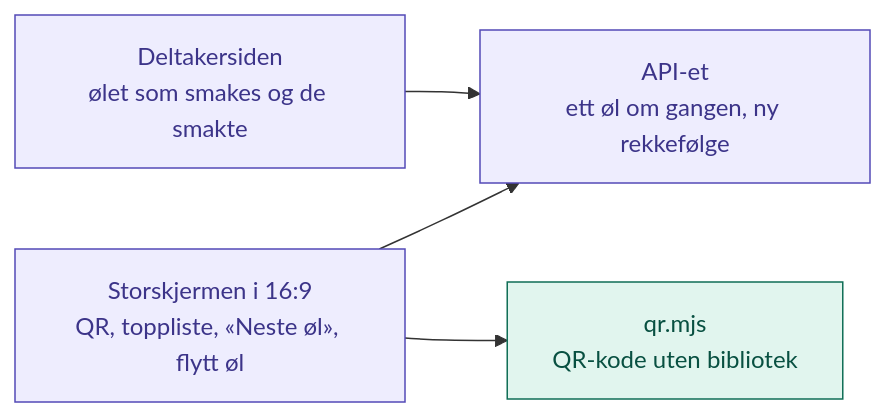
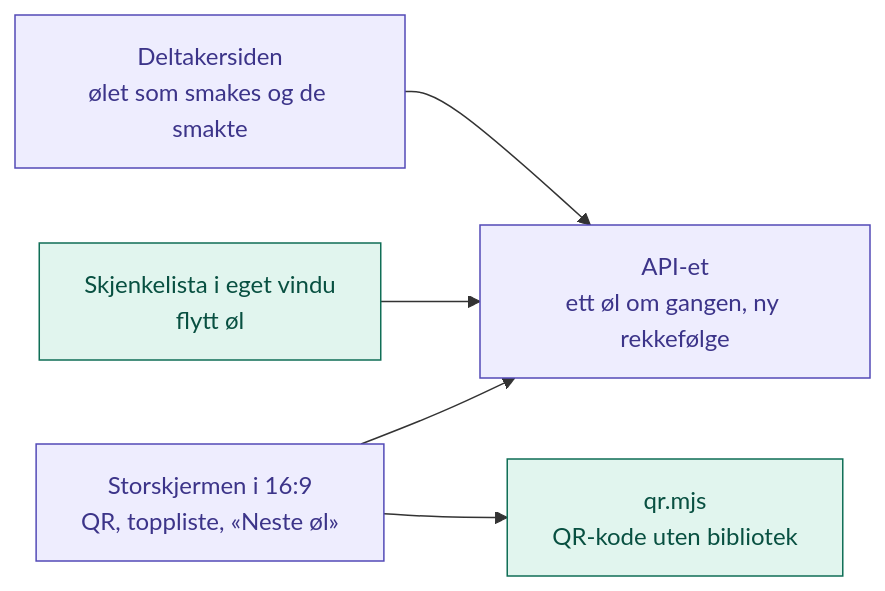
The diagram in tasks/007-ett-ol-om-gangen-og-storskjerm.md (MariusHagen/olsmaking), drawn with Mermaid before and after one commit. The commit also changed other lines of this file, not shown here.

First line of the commit message:
Plankritikk av task 007: presise regler, skjenkeliste i eget vindu og QR til versjon 6

````diff
--- a/tasks/007-ett-ol-om-gangen-og-storskjerm.md
+++ b/tasks/007-ett-ol-om-gangen-og-storskjerm.md
@@ -20,8 +20,9 @@
 ```mermaid
 flowchart LR
-  skjerm["Storskjermen i 16:9<br/>QR, toppliste, «Neste øl», flytt øl"]:::endret --> api["API-et<br/>ett øl om gangen, ny rekkefølge"]:::endret
+  skjerm["Storskjermen i 16:9<br/>QR, toppliste, «Neste øl»"]:::endret --> api["API-et<br/>ett øl om gangen, ny rekkefølge"]:::endret
+  skjenk["Skjenkelista i eget vindu<br/>flytt øl"]:::ny --> api
   mobil["Deltakersiden<br/>ølet som smakes og de smakte"]:::endret --> api
   skjerm --> qr["qr.mjs<br/>QR-kode uten bibliotek"]:::ny
   classDef ny fill:#E1F5EE,stroke:#0F6E56,color:#085041
   classDef endret fill:#EEEDFE,stroke:#534AB7,color:#3C3489
 ```
````
